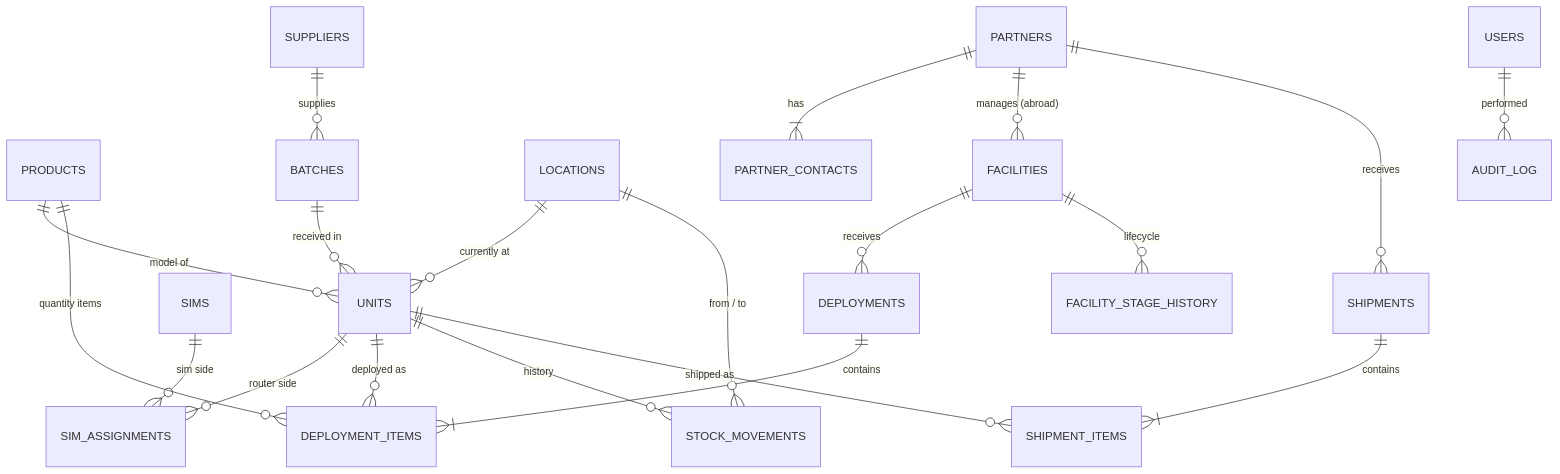
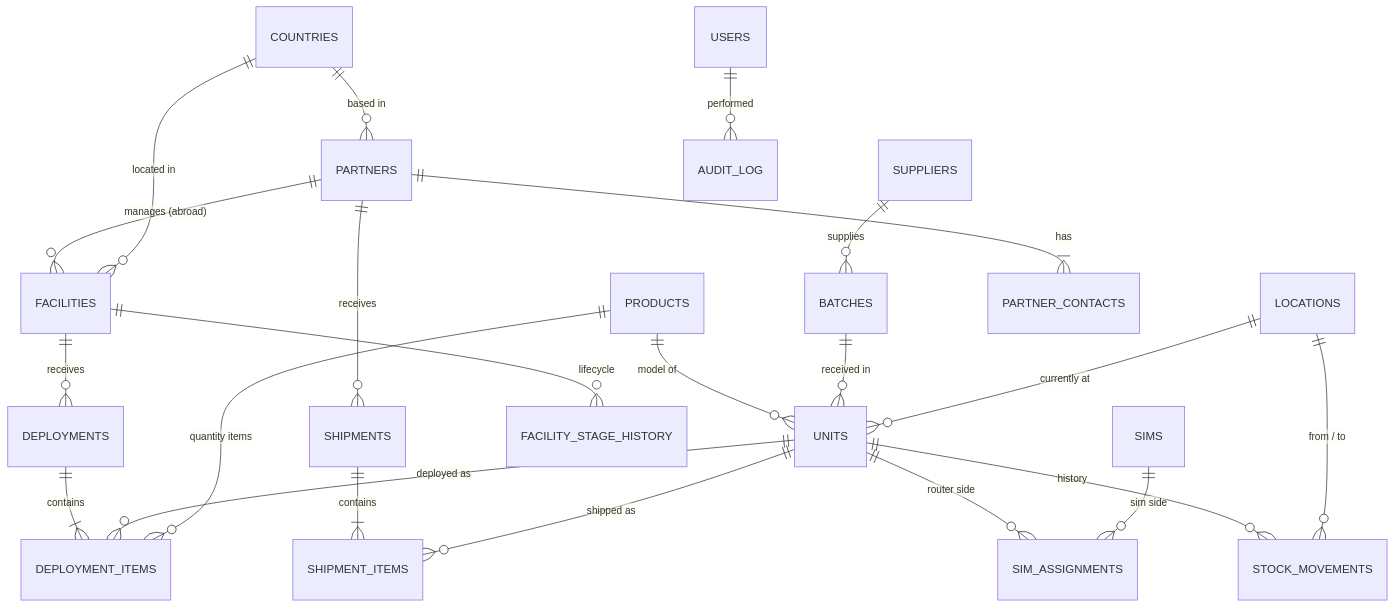
The diagram in docs/DATABASE.md (CodecFiles/Inventory-Tracker), drawn with Mermaid before and after one commit. The commit also changed other lines of this file and 1 other file, not shown here.

First line of the commit message:
Database model v0.3: countries, tracked abroad deployments

````diff
--- a/docs/DATABASE.md
+++ b/docs/DATABASE.md
@@ -24,22 +28,24 @@
 ```mermaid
 erDiagram
     PRODUCTS ||--o{ UNITS : "model of"
     BATCHES ||--o{ UNITS : "received in"
     SUPPLIERS ||--o{ BATCHES : "supplies"
     LOCATIONS ||--o{ UNITS : "currently at"
     UNITS ||--o{ SIM_ASSIGNMENTS : "router side"
     SIMS ||--o{ SIM_ASSIGNMENTS : "sim side"
     FACILITIES ||--o{ DEPLOYMENTS : "receives"
     DEPLOYMENTS ||--|{ DEPLOYMENT_ITEMS : "contains"
     UNITS ||--o{ DEPLOYMENT_ITEMS : "deployed as"
     PRODUCTS ||--o{ DEPLOYMENT_ITEMS : "quantity items"
     UNITS ||--o{ STOCK_MOVEMENTS : "history"
     LOCATIONS ||--o{ STOCK_MOVEMENTS : "from / to"
     FACILITIES ||--o{ FACILITY_STAGE_HISTORY : "lifecycle"
     PARTNERS ||--|{ PARTNER_CONTACTS : "has"
     PARTNERS ||--o{ FACILITIES : "manages (abroad)"
+    COUNTRIES ||--o{ PARTNERS : "based in"
+    COUNTRIES ||--o{ FACILITIES : "located in"
     PARTNERS ||--o{ SHIPMENTS : "receives"
     SHIPMENTS ||--|{ SHIPMENT_ITEMS : "contains"
     UNITS ||--o{ SHIPMENT_ITEMS : "shipped as"
     USERS ||--o{ AUDIT_LOG : "performed"
 ```
````
